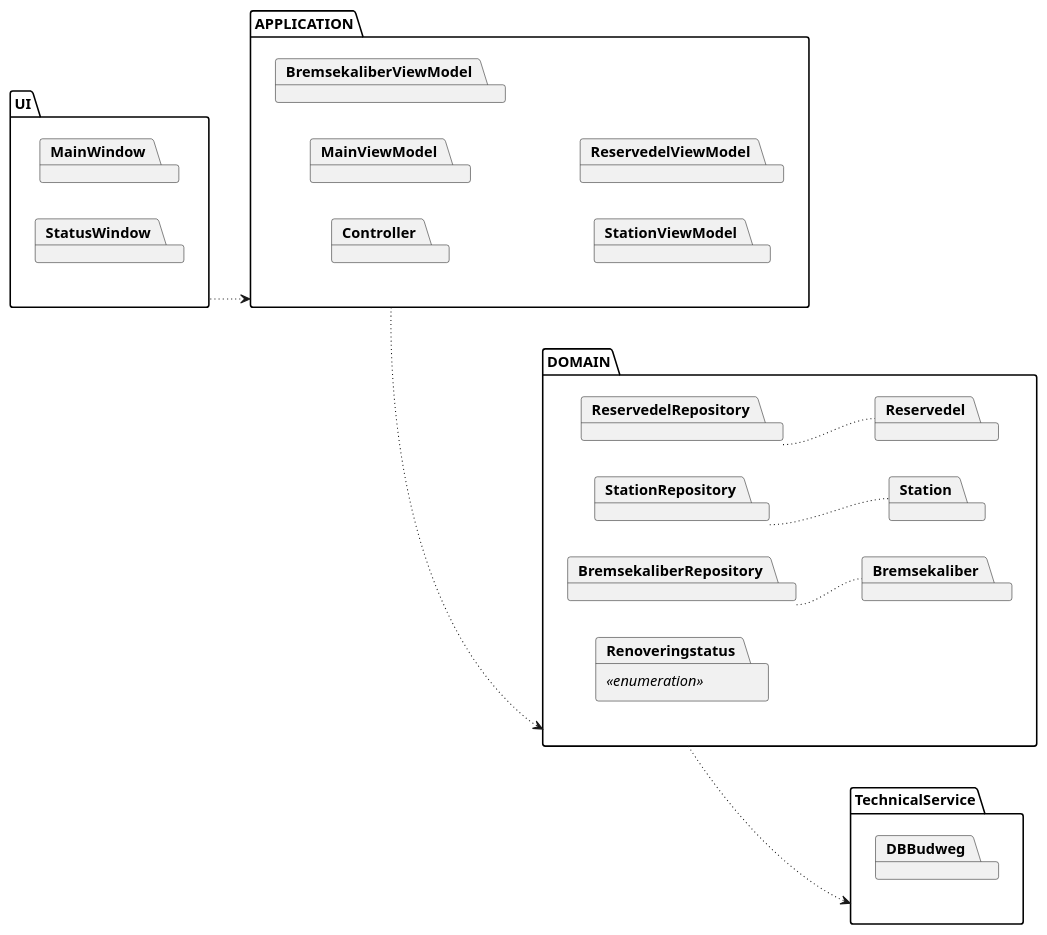
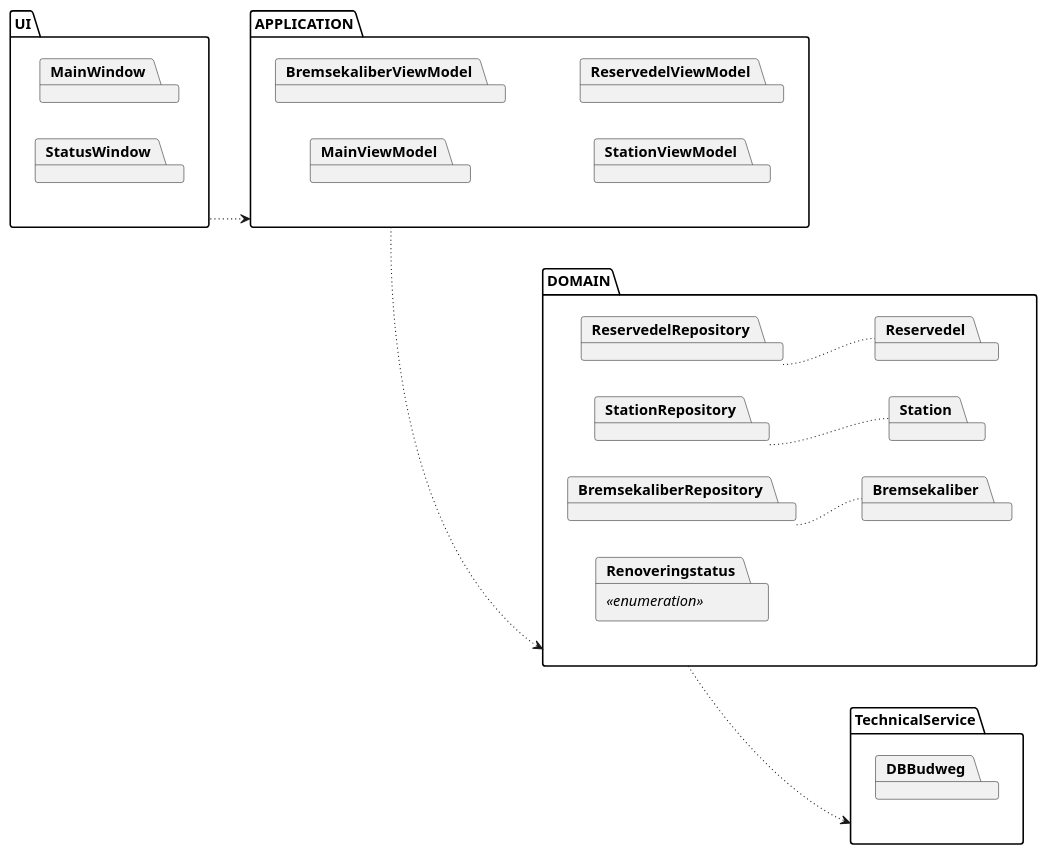
Before and after one commit to senan2315/Team-5A-Budweg: the diagram in Informationsartefakter/Pakkediagram.plantuml, drawn with PlantUML. The commit also changed 1 other file, not shown here.

```diff
--- a/Informationsartefakter/Pakkediagram.plantuml
+++ b/Informationsartefakter/Pakkediagram.plantuml
@@ -1,56 +1,55 @@
 @startuml PackageDiagram
 
 left to right direction
 '/ Hvad skal navngivningen for MainWindow være? MainWindow eller BudwegMainWindow?
 Package UI{
     package MainWindow  
     package StatusWindow
 }
 
 Package APPLICATION{
-    package Controller
     package MainViewModel
     package BremsekaliberViewModel
     package StationViewModel
     package ReservedelViewModel
 }
  
 Package DOMAIN{
     package ReservedelRepository
     package StationRepository
     package BremsekaliberRepository
     package Reservedel
     package Station
     package Bremsekaliber
     package Renoveringstatus<<enumeration>>
 
 }
 
 Package TechnicalService{
     package DBBudweg
 }
 
 
 UI -[dotted]-> APPLICATION
 APPLICATION -[dotted]-> DOMAIN
 DOMAIN -[dotted]-> TechnicalService
 
 
 '/ Til UI pakken
 
 
 '/Applikations pakken
 
 
 '/Domæne pakken
 StationRepository -[dotted]- Station
 BremsekaliberRepository -[dotted]- Bremsekaliber
 ReservedelRepository -[dotted]- Reservedel
 
 '/TechnicalService pakken
 
 
 hide methods
 hide circle
 
 @enduml
```
